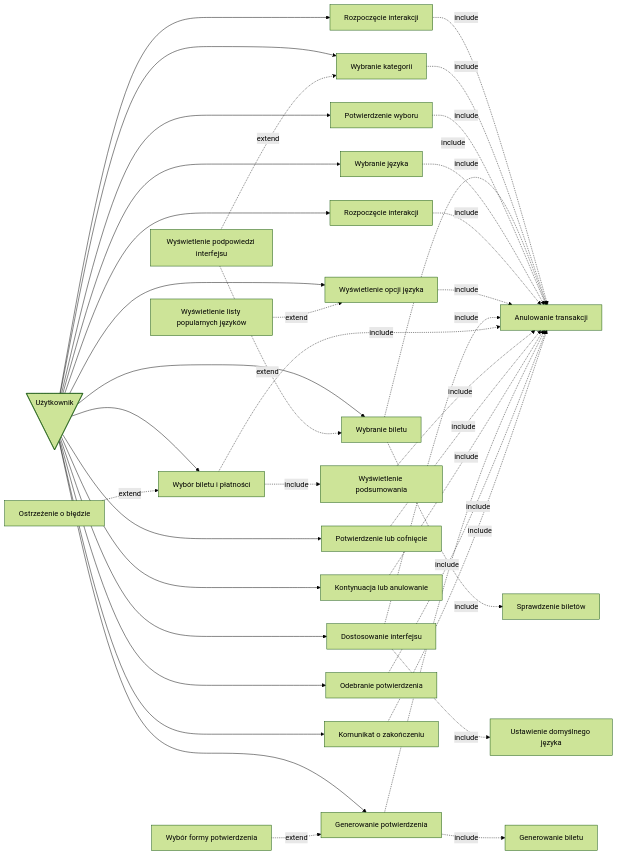
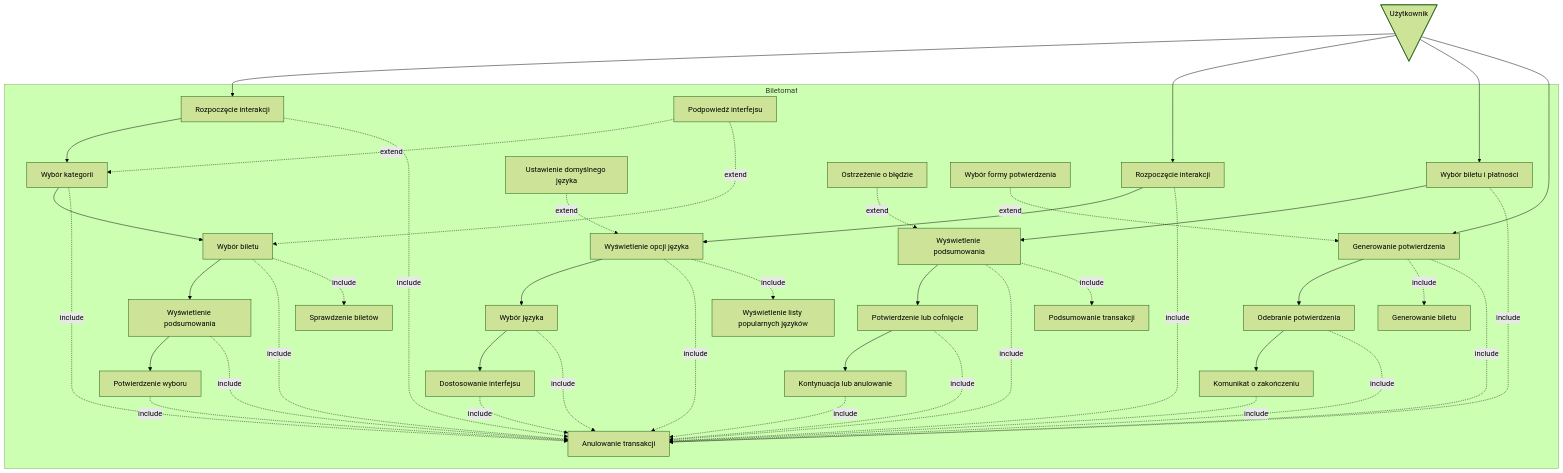
One commit to MarcinMarszewski/dowolna_nazwa changed the fifth of 6 diagrams in userstories/user.md. Above: the diagram before and after it, drawn with Mermaid (forest theme).

````diff
--- a/userstories/user.md
+++ b/userstories/user.md
@@ -164,72 +164,113 @@
 ```mermaid
-flowchart LR
-  A@{ shape: manual-file, label: "Użytkownik" }
-  id1[Rozpoczęcie interakcji]
-  id2[Sprawdzenie biletów]
-  id3[Anulowanie transakcji]
-  id4[Wyświetlenie podpowiedzi interfejsu]
-  id11[Wybranie kategorii]
-  id111[Wybranie biletu]
-  id1111[Potwierdzenie wyboru]
+graph TD
 
-  id5[Wybranie języka]
-  id6[Ustawienie domyślnego języka]
-  id8[Wyświetlenie listy popularnych języków]
-  id22[Rozpoczęcie interakcji]
-  id222[Wyświetlenie opcji języka]
-  id2222[Dostosowanie interfejsu]
+D@{ shape: manual-file, label: "Użytkownik" }
+  u1[Rozpoczęcie interakcji]
+  u2[Wybór kategorii]
+  u3[Wybór biletu]
+  u4[Wyświetlenie podsumowania]
+  u5[Potwierdzenie wyboru]
+  u6[Anulowanie transakcji]
+  u7[Sprawdzenie biletów]
+  u8[Podpowiedź interfejsu]
 
-  uc1[Wybór biletu i płatności]
-  uc2[Wyświetlenie podsumowania]
-  uc3[Potwierdzenie lub cofnięcie]
-  uc4[Kontynuacja lub anulowanie]
-  uc7[Ostrzeżenie o błędzie]
+  D --> u1
+  u1 --> u2
+  u2 --> u3
+  u3 --> u4
+  u4 --> u5
 
-  u1[Generowanie potwierdzenia]
-  u2[Odebranie potwierdzenia]
-  u3[Komunikat o zakończeniu]
-  u5[Generowanie biletu]
-  u6[Wybór formy potwierdzenia]
+  u1-. include .-> u6
+  u2-. include .-> u6
+  u3-. include .-> u6
+  u4-. include .-> u6
+  u5-. include .-> u6
+  u3-. include .-> u7
+  u8-. extend .-> u2
+  u8-. extend .-> u3
 
-  A --> id1
-  A --> id11
-  A --> id111
-  A --> id1111
-  id1-. include .-> id3
-  id11-. include .-> id3
-  id111-. include .-> id3
-  id1111-. include .-> id3
-  id111-. include .-> id2
-  id4-. extend .-> id11
-  id4-. extend .-> id111
+  uc1[Rozpoczęcie interakcji]
+  uc2[Wyświetlenie opcji języka]
+  uc3[Wybór języka]
+  uc4[Dostosowanie interfejsu]
+  uc6[Ustawienie domyślnego języka]
+  uc7[Wyświetlenie listy popularnych języków]
 
-  A --> id5;
-  A --> id22;
-  A --> id222;
-  A --> id2222;
-  id5-. include .-> id3
-  id22-. include .-> id3
-  id222-. include .-> id3
-  id2222-. include .-> id3
-  id2222-. include .-> id6
-  id8-. extend .-> id222
+  D  --> uc1
+  uc1 --> uc2
+  uc2 --> uc3
+  uc3 --> uc4
 
-  A --> uc1
-  A --> uc3
-  A --> uc4
-  uc1-. include .-> id3
-  uc2-. include .-> id3
-  uc3-. include .-> id3
-  uc4-. include .-> id3
-  uc1-. include .-> uc2
-  uc7-. extend .-> uc1
+  uc1 -. include .-> u6
+  uc2 -. include .-> u6
+  uc3 -. include .-> u6
+  uc4 -. include .-> u6
+  uc6 -. extend .-> uc2
+  uc2 -. include .-> uc7
 
-  A --> u1
-  A --> u2
-  A --> u3
-  u1-. include .-> id3
-  u2-. include .-> id3
-  u3-. include .-> id3
-  u1-. include .-> u5
-  u6-. extend .-> u1
+  w1[Wybór biletu i płatności]
+  w2[Wyświetlenie podsumowania]
+  w3[Potwierdzenie lub cofnięcie]
+  w4[Kontynuacja lub anulowanie]
+  w6[Ostrzeżenie o błędzie]
+  w7[Podsumowanie transakcji]
+
+  D  --> w1
+  w1 --> w2
+  w2 --> w3
+  w3 --> w4
+
+  w1 -. include .-> u6
+  w2 -. include .-> u6
+  w3 -. include .-> u6
+  w4 -. include .-> u6
+  w6 -. extend .-> w2
+  w2 -. include .-> w7
+
+  x1[Generowanie potwierdzenia]
+  x2[Odebranie potwierdzenia]
+  x3[Komunikat o zakończeniu]
+  x5[Generowanie biletu]
+  x6[Wybór formy potwierdzenia]
+
+  D --> x1
+  x1 --> x2
+  x2 --> x3
+
+  x1-. include .-> x5
+  x1-. include .-> u6
+  x2-. include .-> u6
+  x3-. include .-> u6
+  x6-. extend .-> x1
+
+  subgraph Biletomat
+  u1
+  u2
+  u3
+  u4
+  u5
+  u6
+  u7
+  u8
+
+  uc1
+  uc2
+  uc3
+  uc4
+  uc6
+  uc7
+
+  w1
+  w2
+  w3
+  w4
+  w6
+  w7
+
+  x1
+  x2
+  x3
+  x5
+  x6
+  end
 ```
````
